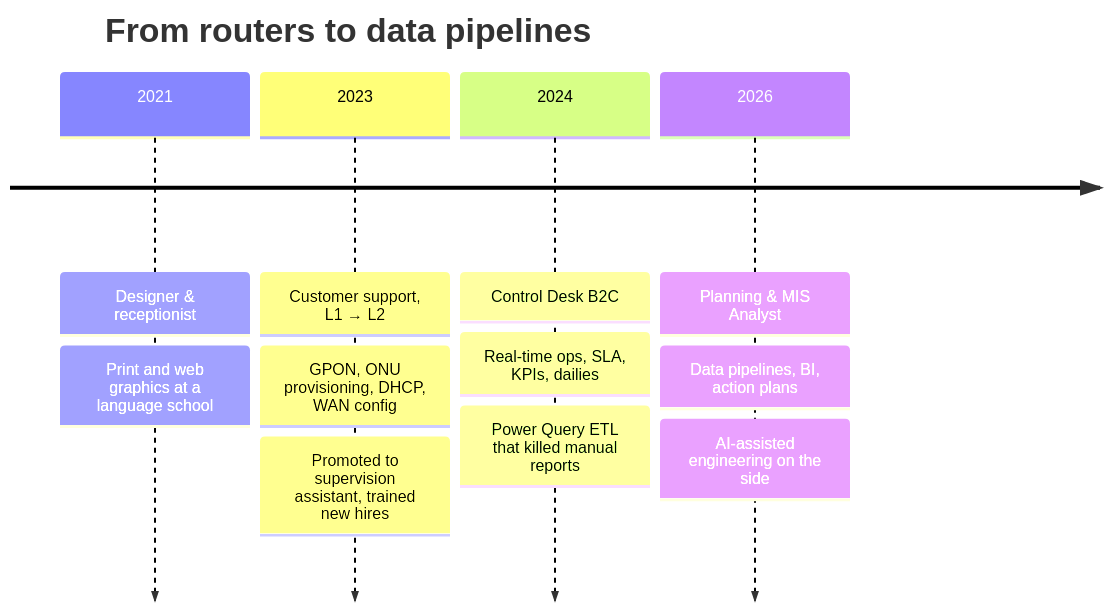
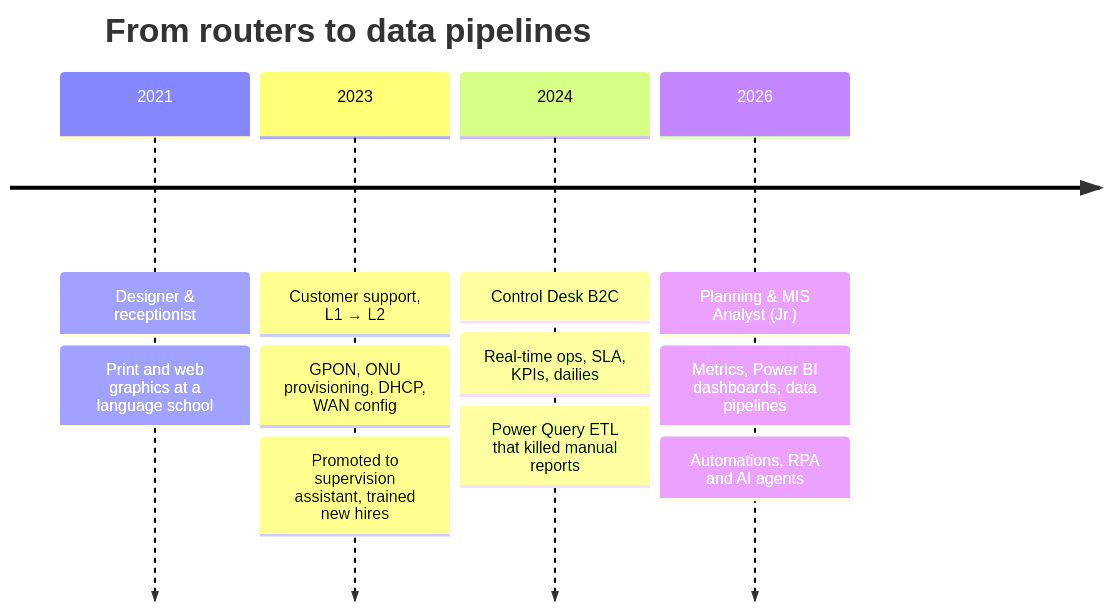
Before and after one commit to jounimn/jounimn: the first of 2 diagrams in README.md, drawn with Mermaid. The commit also changed other lines of this file, not shown here.

````diff
--- a/README.md
+++ b/README.md
@@ -41,15 +41,15 @@
 ```mermaid
 timeline
     title From routers to data pipelines
     2021 : Designer & receptionist
          : Print and web graphics at a language school
     2023 : Customer support, L1 → L2
          : GPON, ONU provisioning, DHCP, WAN config
          : Promoted to supervision assistant, trained new hires
     2024 : Control Desk B2C
          : Real-time ops, SLA, KPIs, dailies
          : Power Query ETL that killed manual reports
-    2026 : Planning & MIS Analyst
-         : Data pipelines, BI, action plans
-         : AI-assisted engineering on the side
+    2026 : Planning & MIS Analyst (Jr.)
+         : Metrics, Power BI dashboards, data pipelines
+         : Automations, RPA and AI agents
 ```
````
